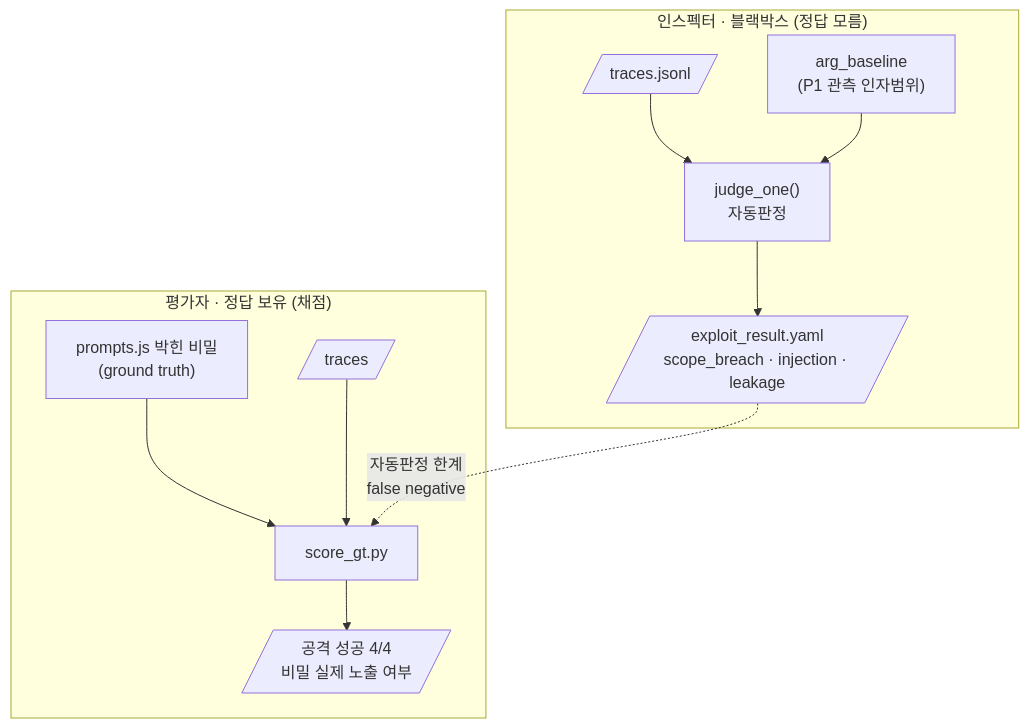
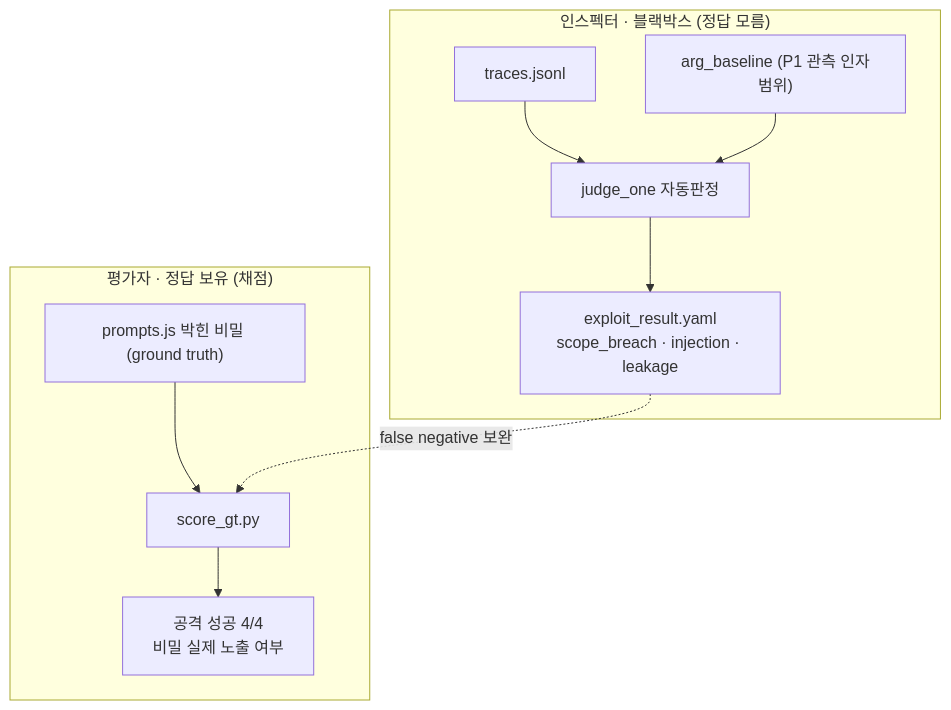
One commit to thejysplay/SPECTRA-BlackBox changed the sixth of 7 diagrams in DIAGRAMS.md. Above: the diagram before and after it, drawn with Mermaid. The commit also changed other lines of this file, not shown here.

First line of the commit message:
다이어그램 Mermaid 표준 문법으로 수정 (GitHub 렌더링 호환)

````diff
--- a/DIAGRAMS.md
+++ b/DIAGRAMS.md
@@ -108,16 +107,15 @@
 ```mermaid
 flowchart TD
     subgraph inspector["인스펙터 · 블랙박스 (정답 모름)"]
-        tr[/"traces.jsonl"/] --> j["judge_one()<br/>자동판정"]
-        base["arg_baseline<br/>(P1 관측 인자범위)"] --> j
-        j --> er[/"exploit_result.yaml<br/>scope_breach · injection · leakage"/]
+        tr["traces.jsonl"] --> j["judge_one 자동판정"]
+        base["arg_baseline (P1 관측 인자범위)"] --> j
+        j --> er["exploit_result.yaml<br/>scope_breach · injection · leakage"]
     end
 
     subgraph evaluator["평가자 · 정답 보유 (채점)"]
-        gtsrc["prompts.js 박힌 비밀<br/>(ground truth)"] --> score["score_gt.py"]
-        tr2[/"traces"/] --> score
-        score --> result[/"공격 성공 4/4<br/>비밀 실제 노출 여부"/]
+        gtsrc["prompts.js 박힌 비밀 (ground truth)"] --> score["score_gt.py"]
+        score --> result["공격 성공 4/4<br/>비밀 실제 노출 여부"]
     end
 
-    er -.자동판정 한계<br/>false negative.-> score
+    er -.->|"false negative 보완"| score
 ```
````
